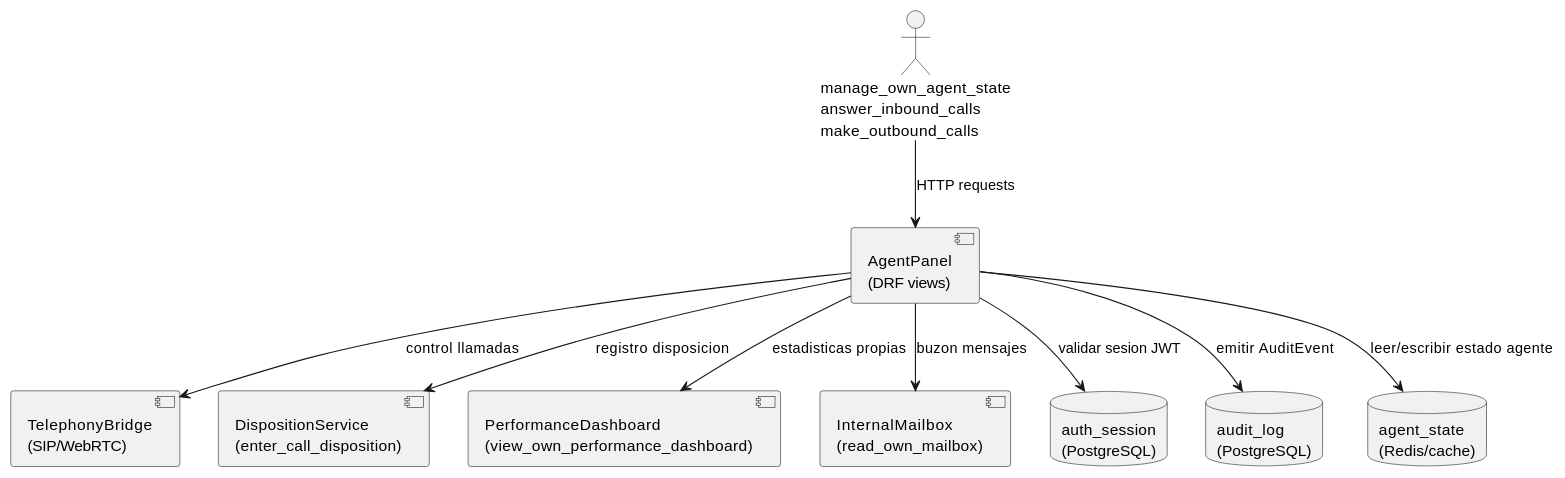
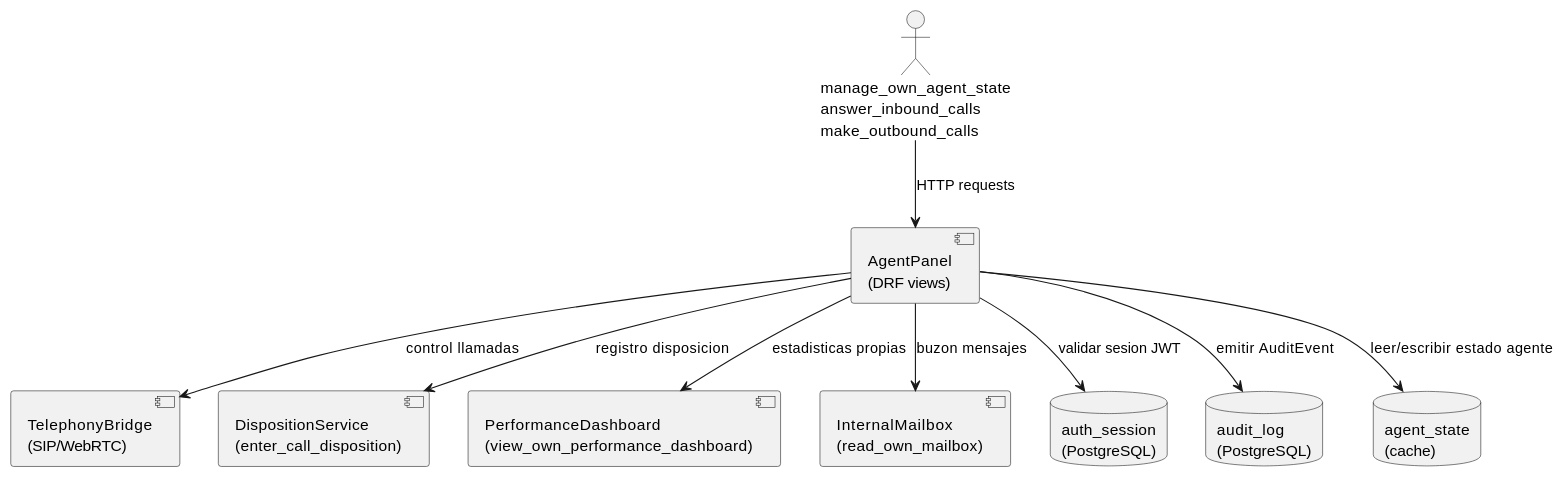
One commit to jcg-admin/IACT-docs changed the diagram in source/arquitectura-tecnica/modulos/operator/diagramas/componentes-mod-operator.rst. Above: the diagram before and after it, drawn with PlantUML. The commit also changed 160 other files, not shown here.

```diff
--- a/source/arquitectura-tecnica/modulos/operator/diagramas/componentes-mod-operator.rst
+++ b/source/arquitectura-tecnica/modulos/operator/diagramas/componentes-mod-operator.rst
@@ -22,27 +22,27 @@
 .. uml::
  :caption: Componentes de MOD_Operator y sus dependencias.
 
  @startuml
 
  actor "manage_own_agent_state\nanswer_inbound_calls\nmake_outbound_calls" as manage_own_agent_state
 
  component "AgentPanel\n(DRF views)" as Agentpanel
  component "TelephonyBridge\n(SIP/WebRTC)" as Telephonybridge
  component "DispositionService\n(enter_call_disposition)" as DISP
  component "PerformanceDashboard\n(view_own_performance_dashboard)" as DASH
  component "InternalMailbox\n(read_own_mailbox)" as Internalmailbox
 
  database "auth_session\n(PostgreSQL)" as SESS
  database "audit_log\n(PostgreSQL)" as audit_log
- database "agent_state\n(Redis/cache)" as STATE
+ database "agent_state\n(cache)" as STATE
 
  manage_own_agent_state --> Agentpanel : HTTP requests
  Agentpanel --> Telephonybridge : control llamadas
  Agentpanel --> DISP : registro disposicion
  Agentpanel --> DASH : estadisticas propias
  Agentpanel --> Internalmailbox : buzon mensajes
  Agentpanel --> SESS : validar sesion JWT
  Agentpanel --> audit_log : emitir AuditEvent
  Agentpanel --> STATE : leer/escribir estado agente
 
  @enduml
```
